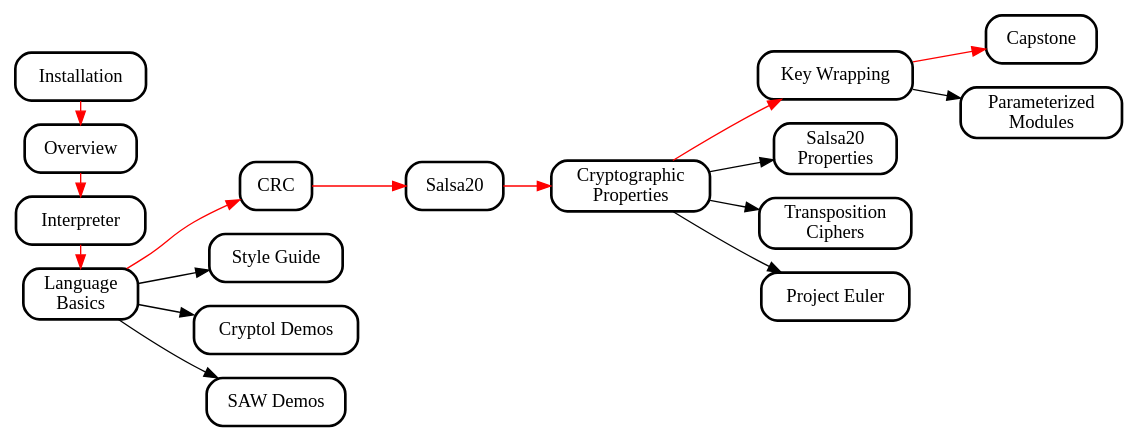
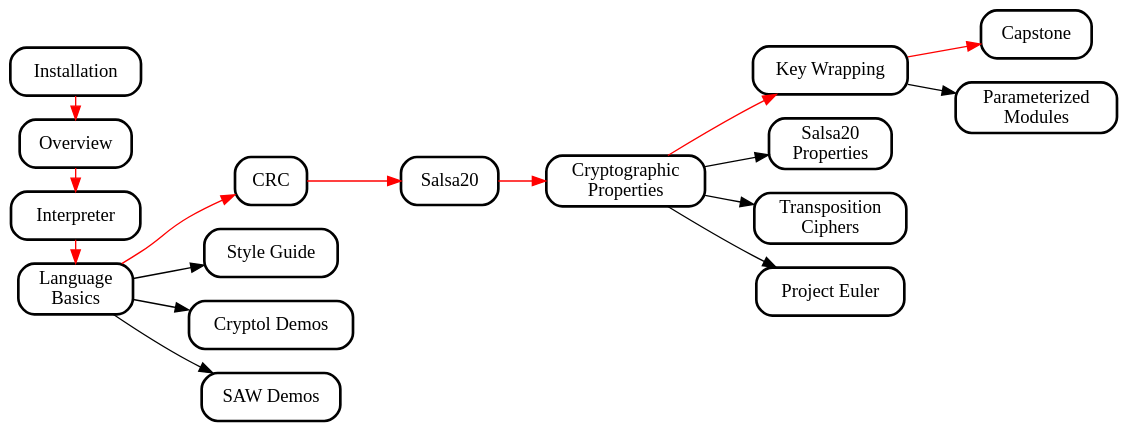
One commit to weaversa/cryptol-course changed the diagram in misc/CryptolCourse.gv. Above: the diagram before and after it, drawn with Graphviz. The commit also changed 56 other files, not shown here.

```diff
--- a/misc/CryptolCourse.gv
+++ b/misc/CryptolCourse.gv
@@ -1,106 +1,107 @@
 digraph  {
   //splines = ortho;
   //concentrate = true;
 
+  bgcolor="transparent";
   rankdir="LR";
 
   node [shape="box", style="rounded,filled", fillcolor="white", penwidth = 2];
   edge [penwidth = 1];
 
   // URLs by node
   // recommended
   
-  Installation               [URL="https://github.com/weaversa/cryptol-course/tree/L4y3rC4k3/INSTALL.md"];
-  Overview                   [URL="https://github.com/weaversa/cryptol-course/tree/L4y3rC4k3/labs/Overview/Overview.md"];
-  Interpreter                [URL="https://github.com/weaversa/cryptol-course/tree/L4y3rC4k3/labs/Interpreter/Interpreter.md"];
-  LanguageBasics             [URL="https://github.com/weaversa/cryptol-course/tree/L4y3rC4k3/labs/Language/Basics.md"];
-  CRC                        [URL="https://github.com/weaversa/cryptol-course/tree/L4y3rC4k3/labs/CRC/CRC.md"];
-  Salsa20                    [URL="https://github.com/weaversa/cryptol-course/tree/L4y3rC4k3/labs/Salsa20/Salsa20.md"];
-  CryptographicProperties    [URL="https://github.com/weaversa/cryptol-course/tree/L4y3rC4k3/labs/CryptoProofs/CryptoProofs.md"];
-  KeyWrapping                [URL="https://github.com/weaversa/cryptol-course/tree/L4y3rC4k3/labs/KeyWrapping/KeyWrapping.md"];
-  Capstone                   [URL="https://github.com/weaversa/cryptol-course/tree/L4y3rC4k3/labs/LoremIpsum/LoremIpsum.md"];
+  Installation               [URL="../INSTALL.md"];
+  Overview                   [URL="../labs/Overview/Overview.md"];
+  Interpreter                [URL="../labs/Interpreter/Interpreter.md"];
+  LanguageBasics             [URL="../labs/Language/Basics.md"];
+  CRC                        [URL="../labs/CRC/CRC.md"];
+  Salsa20                    [URL="../labs/Salsa20/Salsa20.md"];
+  CryptographicProperties    [URL="../labs/CryptoProofs/CryptoProofs.md"];
+  KeyWrapping                [URL="../labs/KeyWrapping/KeyWrapping.md"];
+  Capstone                   [URL="../labs/LoremIpsum/LoremIpsum.md"];
 
   // branch nodes
   node [fillcolor="white"];
   
-  StyleGuide                 [URL="https://github.com/weaversa/cryptol-course/tree/L4y3rC4k3/cryptol-style.md"];
-  CryptolDemos               [URL="https://github.com/weaversa/cryptol-course/tree/L4y3rC4k3/labs/Demos/Cryptol/Demos.md"];
-  SAWDemos                   [URL="https://github.com/weaversa/cryptol-course/tree/L4y3rC4k3/labs/Demos/SAW/Demos.md"];
-  Salsa20Properties          [URL="https://github.com/weaversa/cryptol-course/tree/L4y3rC4k3/labs/Salsa20/Salsa20Props.md"];
-  TranspositionCiphers       [URL="https://github.com/weaversa/cryptol-course/tree/L4y3rC4k3/labs/Transposition/Contents.md"];
-  ProjectEuler               [URL="https://github.com/weaversa/cryptol-course/tree/L4y3rC4k3/labs/ProjectEuler/ProjectEuler.md"];
-  ParameterizedModules       [URL="https://github.com/weaversa/cryptol-course/tree/L4y3rC4k3/labs/SimonSpeck/SimonSpeck.md"];
+  StyleGuide                 [URL="../cryptol-style.md"];
+  CryptolDemos               [URL="../labs/Demos/Cryptol/Demos.md"];
+  SAWDemos                   [URL="../labs/Demos/SAW/Demos.md"];
+  Salsa20Properties          [URL="../labs/Salsa20/Salsa20Props.md"];
+  TranspositionCiphers       [URL="../labs/Transposition/Contents.md"];
+  ProjectEuler               [URL="../labs/ProjectEuler/ProjectEuler.md"];
+  ParameterizedModules       [URL="../labs/SimonSpeck/SimonSpeck.md"];
 
   // newline/space labels
   
   LanguageBasics             [label = "Language\nBasics"]
   CryptographicProperties    [label = "Cryptographic\nProperties"]
   KeyWrapping                [label = "Key Wrapping"]
   CryptolDemos               [label = "Cryptol Demos"]
   SAWDemos                   [label = "SAW Demos"]
   TranspositionCiphers       [label = "Transposition\nCiphers"]
   ParameterizedModules       [label = "Parameterized\nModules"]
   Salsa20Properties          [label = "Salsa20\nProperties"]
   StyleGuide                 [label = "Style Guide"]
   ProjectEuler               [label = "Project Euler"]
 
   // recommended flow
   edge [color=red];
   
   Installation -> Overview;
   Overview -> Interpreter;
   Interpreter -> LanguageBasics;
   LanguageBasics -> CRC;
   CRC -> Salsa20;
   Salsa20 -> CryptographicProperties;
   CryptographicProperties -> KeyWrapping;
   KeyWrapping -> Capstone;
 
   // branches
   edge [color=black];
   
   LanguageBasics -> StyleGuide;
   LanguageBasics -> CryptolDemos;
   LanguageBasics -> SAWDemos;
   CryptographicProperties -> Salsa20Properties;
   CryptographicProperties -> TranspositionCiphers;
   CryptographicProperties -> ProjectEuler;
   KeyWrapping -> ParameterizedModules;
 
   // ranks
 
   {
     // Intro
     rank = same;
     Installation;
     Overview;
     Interpreter;
     LanguageBasics;
   }
 
   {
     // Language Basics
     rank = same;
     CRC;
     StyleGuide;
     CryptolDemos;
     SAWDemos;
   }
 
   {
     // Cryptographic Properties
     rank = same;
     KeyWrapping;
     Salsa20Properties;
     TranspositionCiphers;
     ProjectEuler;
   }
 
   {
     // Key Wrapping
     rank = same;
     Capstone;
     ParameterizedModules;
   }
 
 }
```
